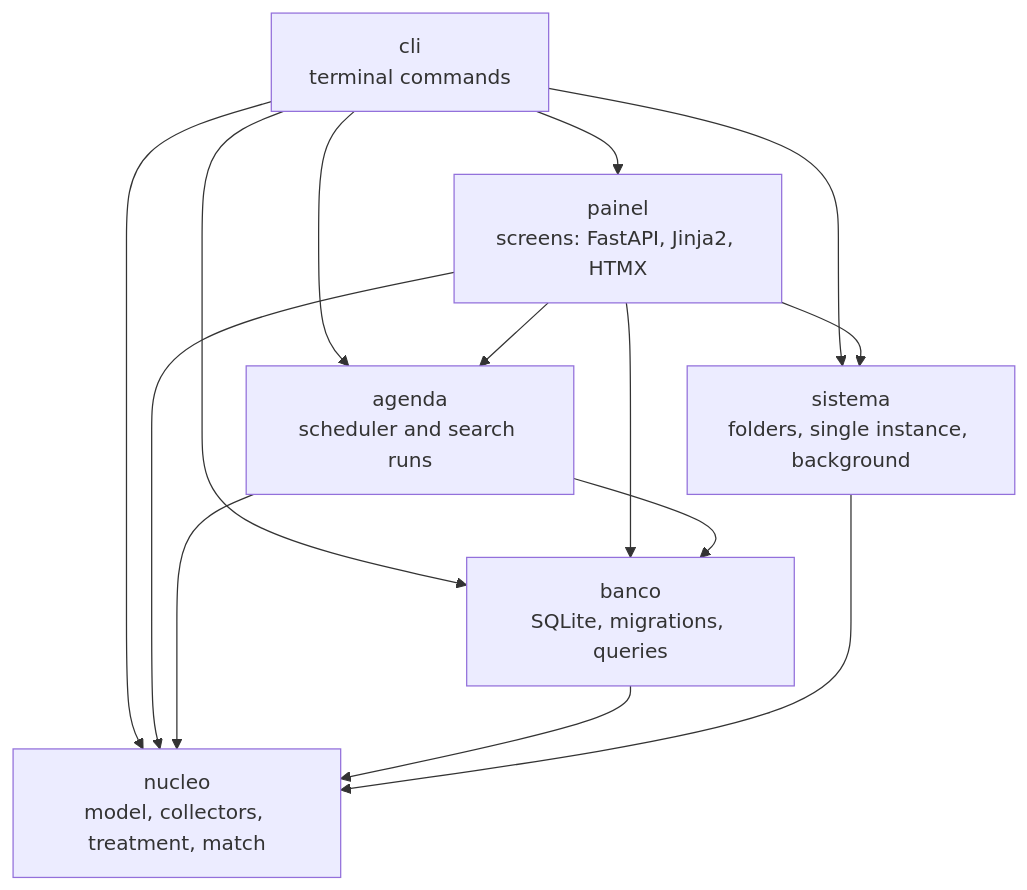
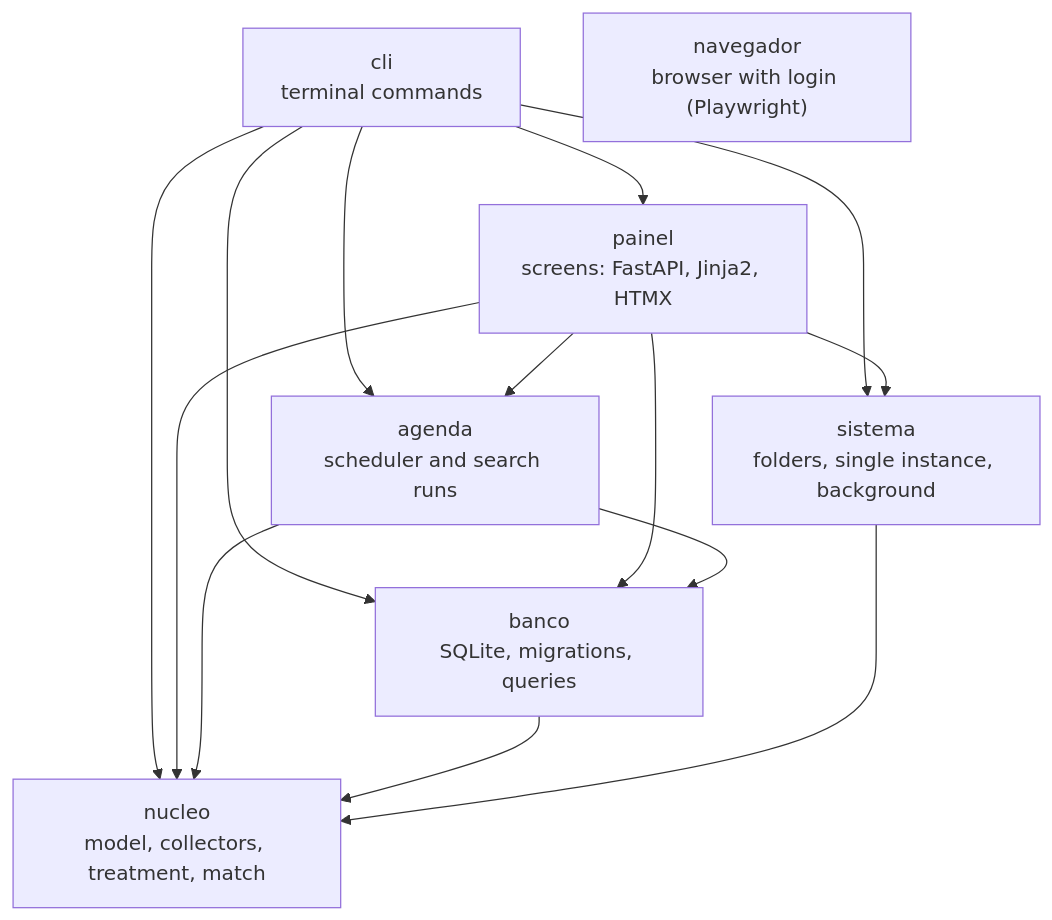
Before and after one commit to fezarosa-dev/joBot: the first of 5 diagrams in wiki/Architecture.md, drawn with Mermaid. The commit also changed 5 other files, not shown here.

First line of the commit message:
build(navegador): playwright vira dependência de execução

````diff
--- a/wiki/Architecture.md
+++ b/wiki/Architecture.md
@@ -43,23 +43,24 @@
 ```mermaid
 flowchart TD
     %% camadas
     cli["cli<br/>terminal commands"]
     painel["painel<br/>screens: FastAPI, Jinja2, HTMX"]
     agenda["agenda<br/>scheduler and search runs"]
     sistema["sistema<br/>folders, single instance, background"]
     banco["banco<br/>SQLite, migrations, queries"]
+    navegador["navegador<br/>browser with login (Playwright)"]
     nucleo["nucleo<br/>model, collectors, treatment, match"]
     cli --> painel
     cli --> agenda
     cli --> sistema
     cli --> banco
     cli --> nucleo
     painel --> agenda
     painel --> sistema
     painel --> banco
     painel --> nucleo
     agenda --> banco
     agenda --> nucleo
     banco --> nucleo
     sistema --> nucleo
 ```
````
